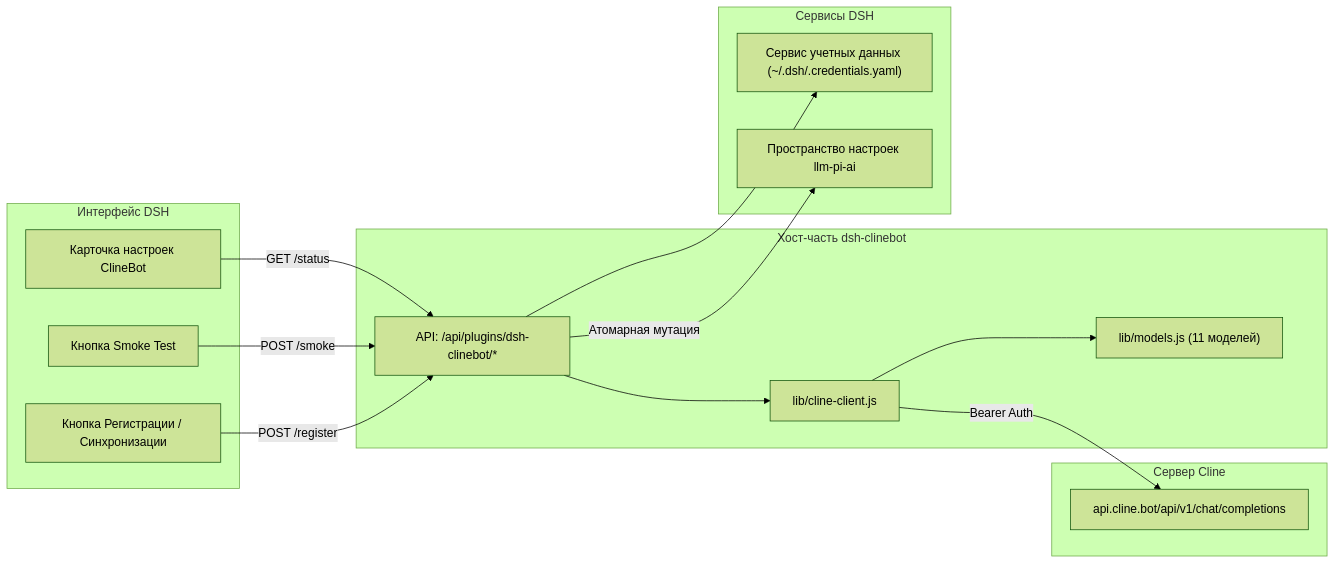
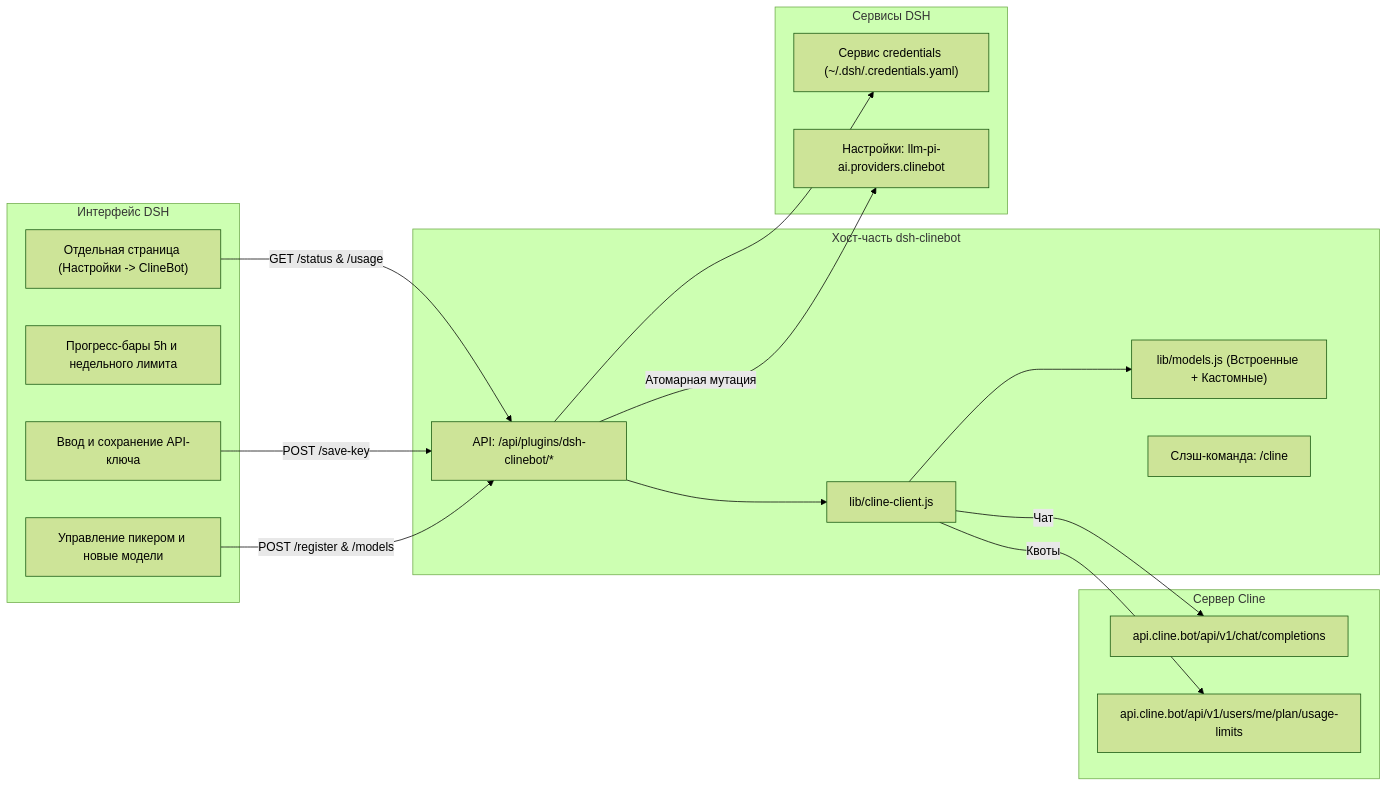
One commit to GooDAnDReaDY/dsh-clinebot changed the diagram in README.ru.md. Above: the diagram before and after it, drawn with Mermaid (forest theme). The commit also changed other lines of this file and 9 other files, not shown here.

Commit message:
feat(v0.2.0): dedicated settings page, live quota dashboard, in-UI key saving, custom models, and /cline command

````diff
--- a/README.ru.md
+++ b/README.ru.md
@@ -48,32 +45,36 @@
 ```mermaid
 graph LR
     subgraph UI [Интерфейс DSH]
-        Card["Карточка настроек ClineBot"]
-        SmokeAction["Кнопка Smoke Test"]
-        SyncAction["Кнопка Регистрации / Синхронизации"]
+        Page["Отдельная страница (Настройки -> ClineBot)"]
+        QuotaBar["Прогресс-бары 5h и недельного лимита"]
+        KeyInput["Ввод и сохранение API-ключа"]
+        ModelPick["Управление пикером и новые модели"]
     end
 
     subgraph PluginHost [Хост-часть dsh-clinebot]
         HttpEndpoints["API: /api/plugins/dsh-clinebot/*"]
         ClientCore["lib/cline-client.js"]
-        ModelCatalog["lib/models.js (11 моделей)"]
+        ModelCatalog["lib/models.js (Встроенные + Кастомные)"]
+        SlashCmd["Слэш-команда: /cline"]
     end
 
     subgraph DSHCore [Сервисы DSH]
-        Credentials["Сервис учетных данных (~/.dsh/.credentials.yaml)"]
-        PiAi["Пространство настроек llm-pi-ai"]
+        Credentials["Сервис credentials (~/.dsh/.credentials.yaml)"]
+        PiAi["Настройки: llm-pi-ai.providers.clinebot"]
     end
 
     subgraph Upstream [Сервер Cline]
         ClinePass["api.cline.bot/api/v1/chat/completions"]
+        ClineQuota["api.cline.bot/api/v1/users/me/plan/usage-limits"]
     end
 
-    Card -->|GET /status| HttpEndpoints
-    SmokeAction -->|POST /smoke| HttpEndpoints
-    SyncAction -->|POST /register| HttpEndpoints
+    Page -->|GET /status & /usage| HttpEndpoints
+    KeyInput -->|POST /save-key| HttpEndpoints
+    ModelPick -->|POST /register & /models| HttpEndpoints
     HttpEndpoints --> Credentials
     HttpEndpoints --> ClientCore
     ClientCore --> ModelCatalog
     HttpEndpoints -->|Атомарная мутация| PiAi
-    ClientCore -->|Bearer Auth| ClinePass
+    ClientCore -->|Чат| ClinePass
+    ClientCore -->|Квоты| ClineQuota
 ```
````
